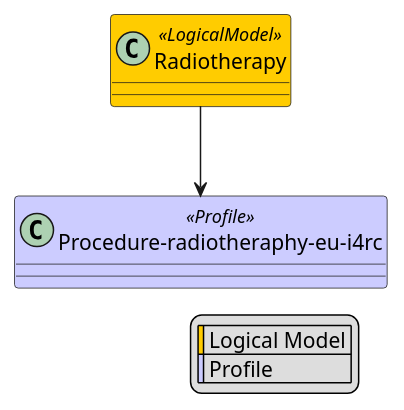
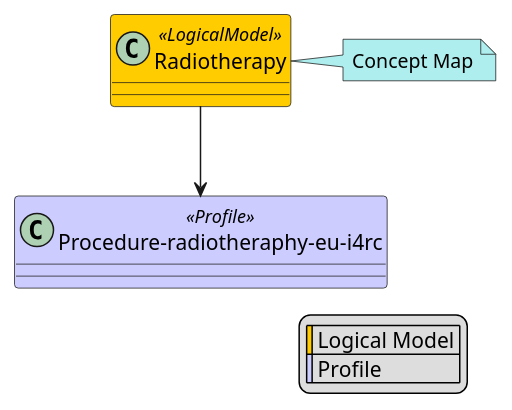
One commit to hl7-eu/idea4rc changed the diagram in input/images-source/Radiotherapy-map.plantuml. Above: the diagram before and after it, drawn with PlantUML. The commit also changed 32 other files, not shown here.

```diff
--- a/input/images-source/Radiotherapy-map.plantuml
+++ b/input/images-source/Radiotherapy-map.plantuml
@@ -1,14 +1,17 @@
 @startuml
 skinparam class {
     BackgroundColor<<LogicalModel>> #FFCC00
     BackgroundColor<<Profile>> #CCCCFF
 }
 skinparam linetype ortho
 legend right
   | <#FFCC00> | Logical Model |
   | <#CCCCFF> | Profile |
 endlegend
 class "Radiotherapy" <<LogicalModel>> [[StructureDefinition-Radiotherapy.html]]
+note right #PaleTurquoise [[ConceptMap-radiotherapy2FHIR.html]]
+Concept Map
+endnote
 class "Procedure-radiotheraphy-eu-i4rc" <<Profile>> [[StructureDefinition-Procedure-radiotheraphy-eu-i4rc.html]]
 "Radiotherapy" --> "Procedure-radiotheraphy-eu-i4rc"
 @enduml
```
